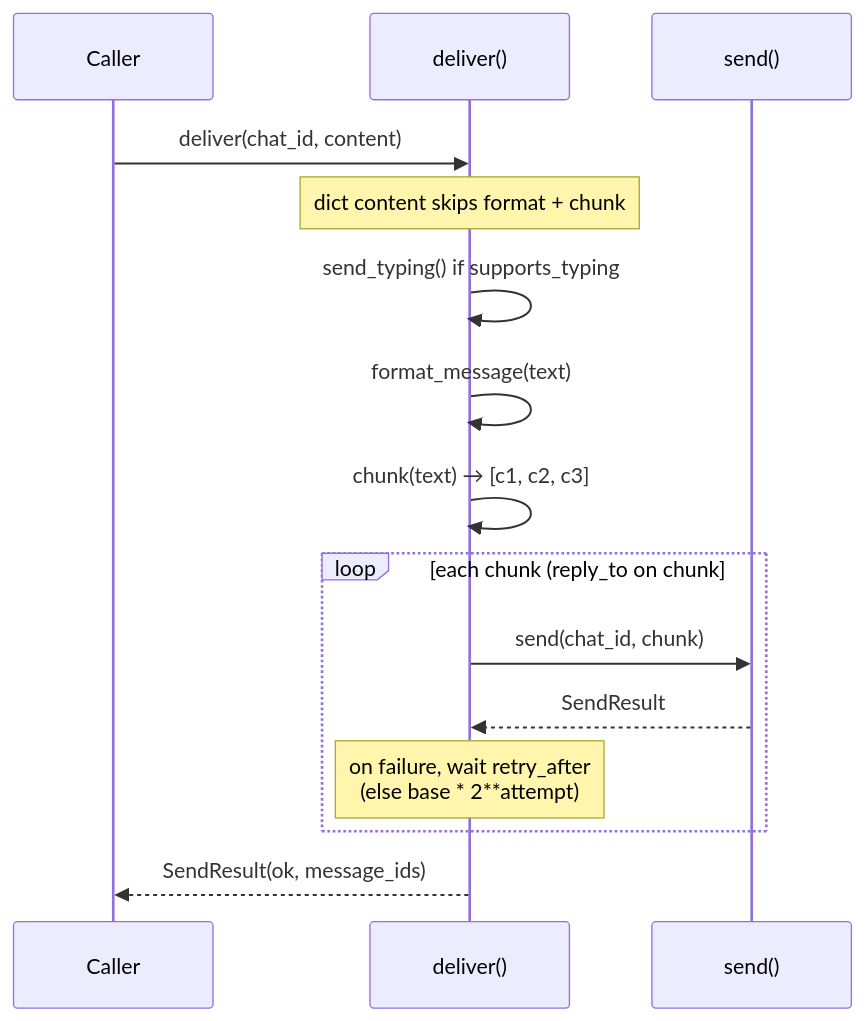
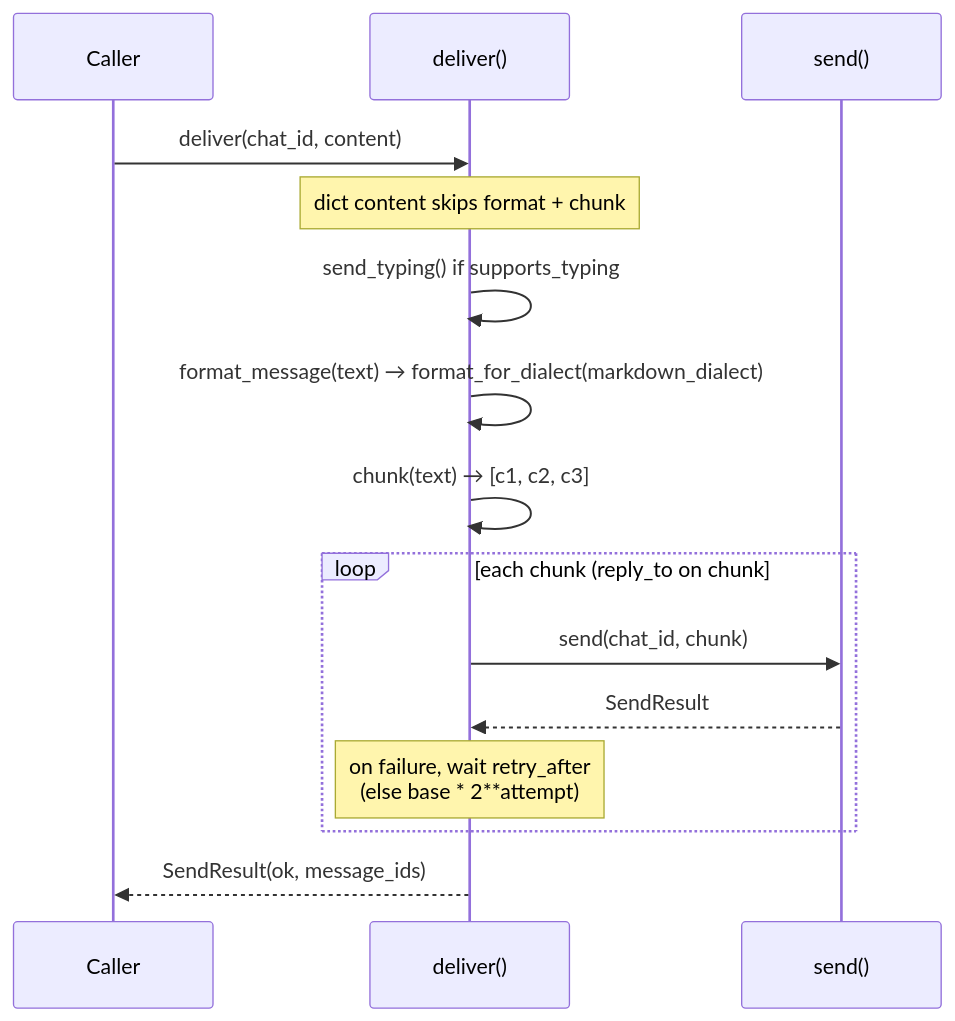
The second of 4 diagrams in docs/features/bot-platform-adapter.mdx (MervinPraison/PraisonAIDocs), drawn with Mermaid before and after one commit. The commit also changed other lines of this file and 1 other file, not shown here.

Commit message:
docs: document format_for_dialect() and markdown_dialect auto-consumption (fixes #2479)

````diff
--- a/docs/features/bot-platform-adapter.mdx
+++ b/docs/features/bot-platform-adapter.mdx
@@ -122,18 +122,18 @@
 ```mermaid
 sequenceDiagram
     participant Caller
     participant Adapter as deliver()
     participant Send as send()
 
     Caller->>Adapter: deliver(chat_id, content)
     Note over Adapter: dict content skips format + chunk
     Adapter->>Adapter: send_typing() if supports_typing
-    Adapter->>Adapter: format_message(text)
+    Adapter->>Adapter: format_message(text) → format_for_dialect(markdown_dialect)
     Adapter->>Adapter: chunk(text) → [c1, c2, c3]
     loop each chunk (reply_to on chunk #1 only)
         Adapter->>Send: send(chat_id, chunk)
         Send-->>Adapter: SendResult
         Note over Adapter: on failure, wait retry_after<br/>(else base * 2**attempt)
     end
     Adapter-->>Caller: SendResult(ok, message_ids)
 ```
````
